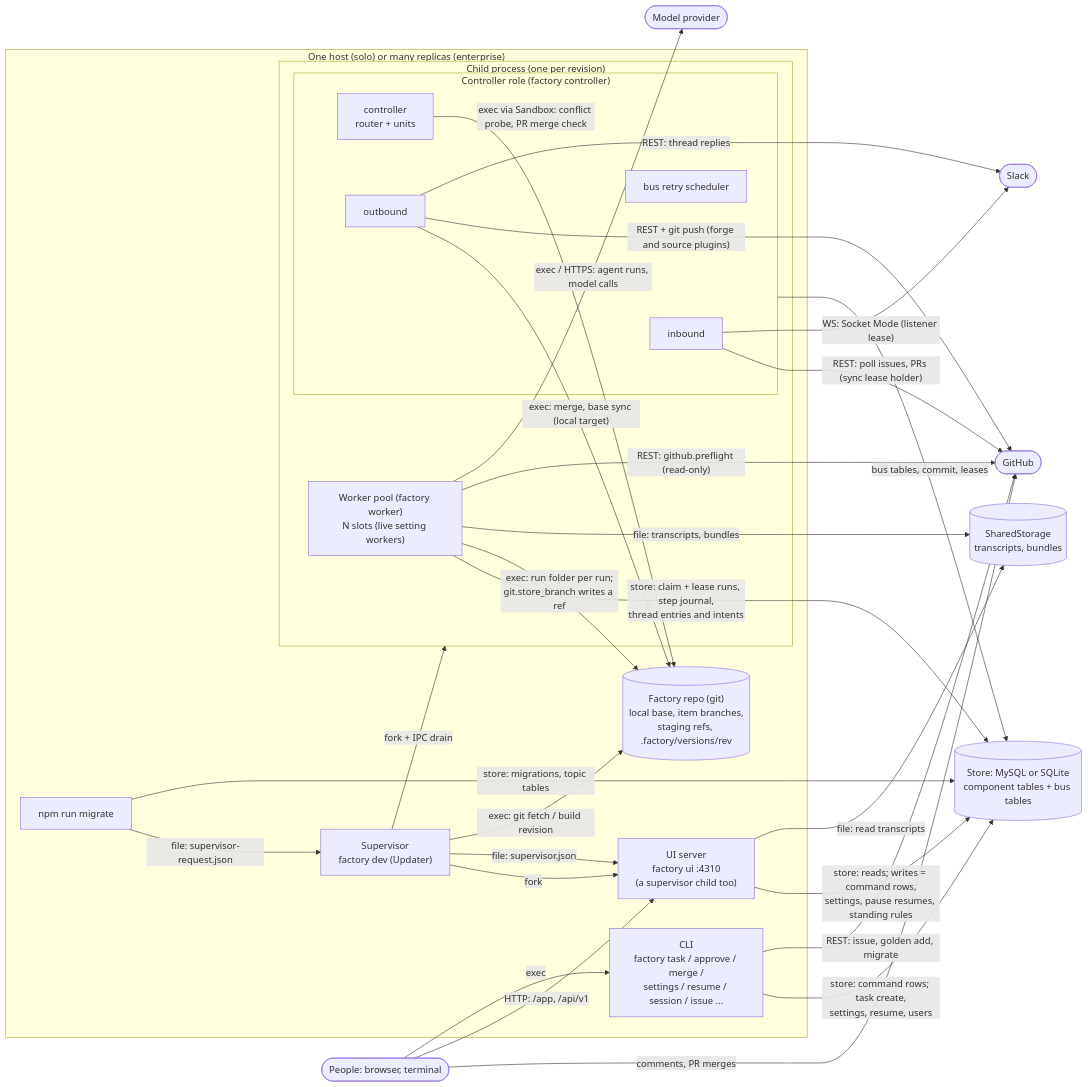
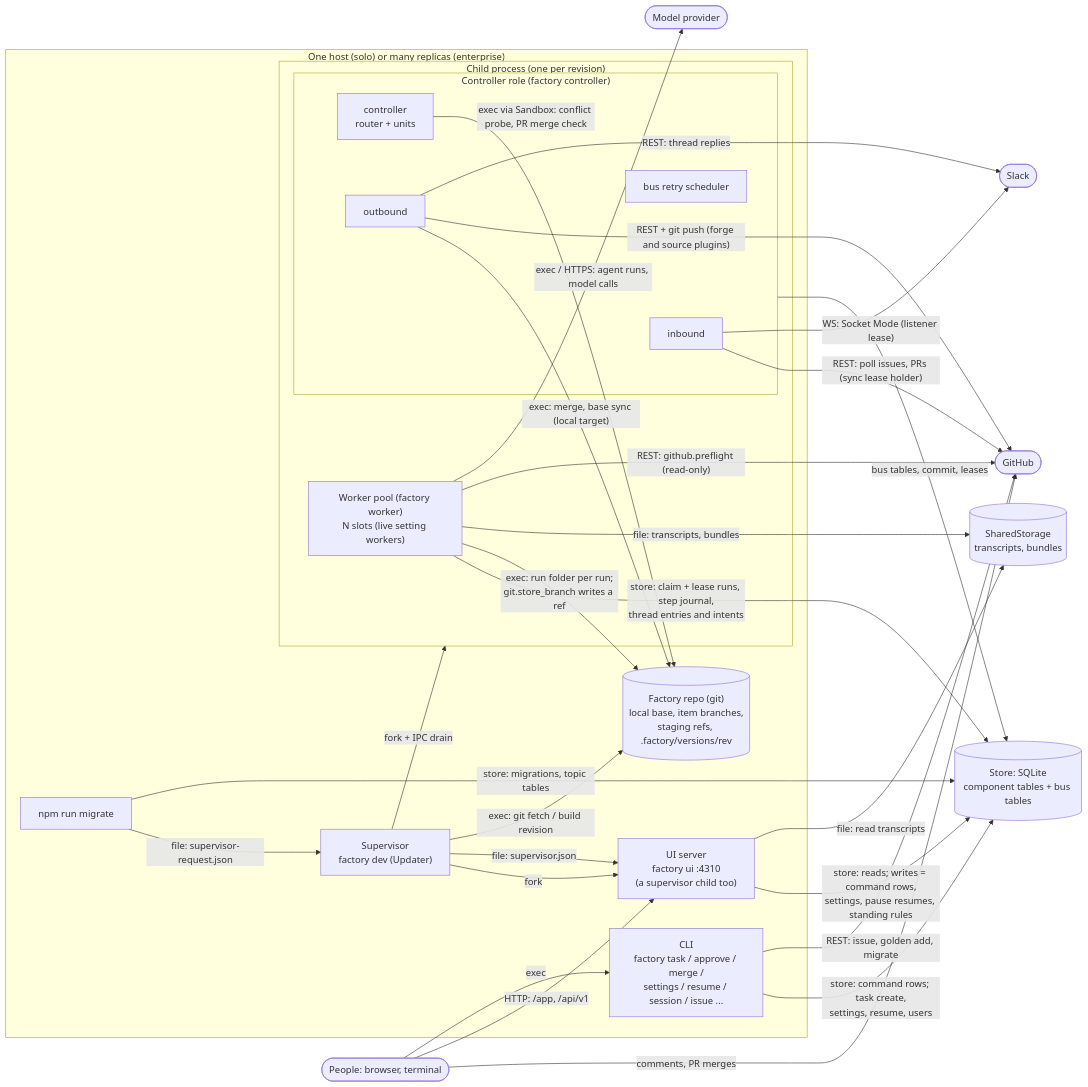
One commit to seonWKim/software-factory changed the first of 6 diagrams in ARCHITECTURE.md. Above: the diagram before and after it, drawn with Mermaid. The commit also changed other lines of this file and 8 other files, not shown here.

Commit message:
Docs: SQLite-only store decision; setup, architecture and SET_UP describe SQLite only

````diff
--- a/ARCHITECTURE.md
+++ b/ARCHITECTURE.md
@@ -32,52 +32,52 @@
 ```mermaid
 graph LR
   subgraph HOST["One host (solo) or many replicas (enterprise)"]
     SUP["Supervisor<br/>factory dev (Updater)"]
     subgraph CHILD["Child process (one per revision)"]
       subgraph CR["Controller role (factory controller)"]
         INB["inbound"]
         CTL["controller<br/>router + units"]
         OUT["outbound"]
         BUSS["bus retry scheduler"]
       end
       WP["Worker pool (factory worker)<br/>N slots (live setting workers)"]
     end
     UI["UI server<br/>factory ui :4310<br/>(a supervisor child too)"]
     CLI["CLI<br/>factory task / approve / merge /<br/>settings / resume / session / issue ..."]
     MIG["npm run migrate"]
     REPO[("Factory repo (git)<br/>local base, item branches,<br/>staging refs, .factory/versions/rev")]
   end
 
-  STORE[("Store: MySQL or SQLite<br/>component tables + bus tables")]
+  STORE[("Store: SQLite<br/>component tables + bus tables")]
   STG[("SharedStorage<br/>transcripts, bundles")]
   GH(["GitHub"])
   SL(["Slack"])
   LLM(["Model provider"])
   PEOPLE(["People: browser, terminal"])
 
   SUP -- "fork + IPC drain" --> CHILD
   SUP -- "fork" --> UI
   SUP -- "file: supervisor.json" --> UI
   MIG -- "file: supervisor-request.json" --> SUP
   MIG -- "store: migrations, topic tables" --> STORE
   SUP -- "exec: git fetch / build revision" --> REPO
   CR -- "bus tables, commit, leases" --> STORE
   WP -- "store: claim + lease runs, step journal,<br/>thread entries and intents" --> STORE
   UI -- "store: reads; writes = command rows,<br/>settings, pause resumes, standing rules" --> STORE
   CLI -- "store: command rows; task create,<br/>settings, resume, users" --> STORE
   WP -- "exec: run folder per run;<br/>git.store_branch writes a ref" --> REPO
   OUT -- "exec: merge, base sync (local target)" --> REPO
   CTL -- "exec via Sandbox: conflict probe, PR merge check" --> REPO
   WP -- "file: transcripts, bundles" --> STG
   UI -- "file: read transcripts" --> STG
   INB -- "REST: poll issues, PRs (sync lease holder)" --> GH
   OUT -- "REST + git push (forge and source plugins)" --> GH
   WP -- "REST: github.preflight (read-only)" --> GH
   CLI -- "REST: issue, golden add, migrate" --> GH
   INB -- "WS: Socket Mode (listener lease)" --> SL
   OUT -- "REST: thread replies" --> SL
   WP -- "exec / HTTPS: agent runs, model calls" --> LLM
   PEOPLE -- "HTTP: /app, /api/v1" --> UI
   PEOPLE -- "comments, PR merges" --> GH
   PEOPLE -- "exec" --> CLI
 ```
````
